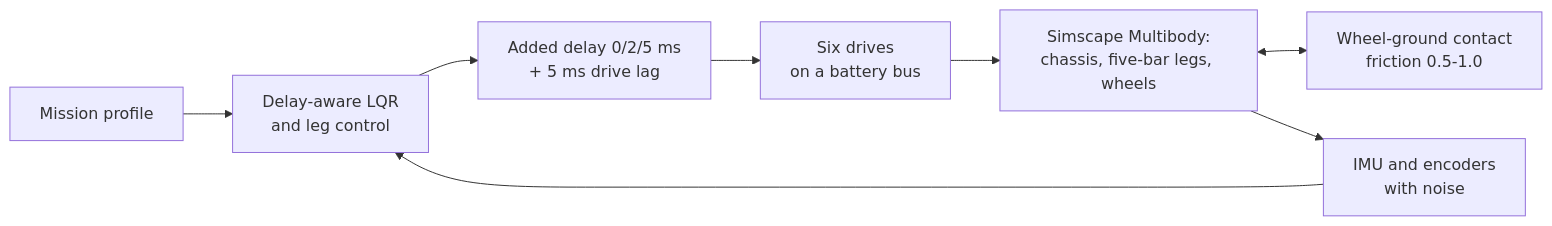
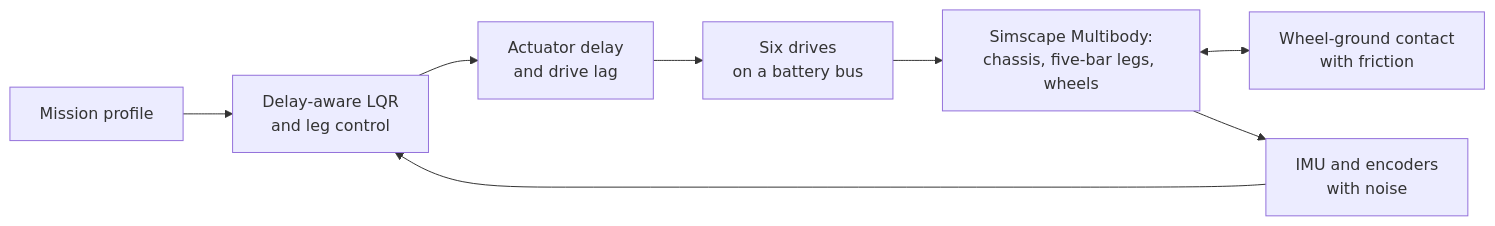
The first of 2 diagrams in README.md (KaiserRichard/wheel-biped-sim), drawn with Mermaid before and after one commit. The commit also changed other lines of this file and 6 other files, not shown here.

````diff
--- a/README.md
+++ b/README.md
@@ -35,10 +40,10 @@
 ```mermaid
 flowchart LR
   M[Mission profile] --> C[Delay-aware LQR<br>and leg control]
-  C --> D[Added delay 0/2/5 ms<br>+ 5 ms drive lag]
+  C --> D[Actuator delay<br>and drive lag]
   D --> P[Six drives<br>on a battery bus]
   P --> B[Simscape Multibody:<br>chassis, five-bar legs, wheels]
-  B <--> G[Wheel-ground contact<br>friction 0.5-1.0]
+  B <--> G[Wheel-ground contact<br>with friction]
   B --> S[IMU and encoders<br>with noise]
   S --> C
 ```
````
